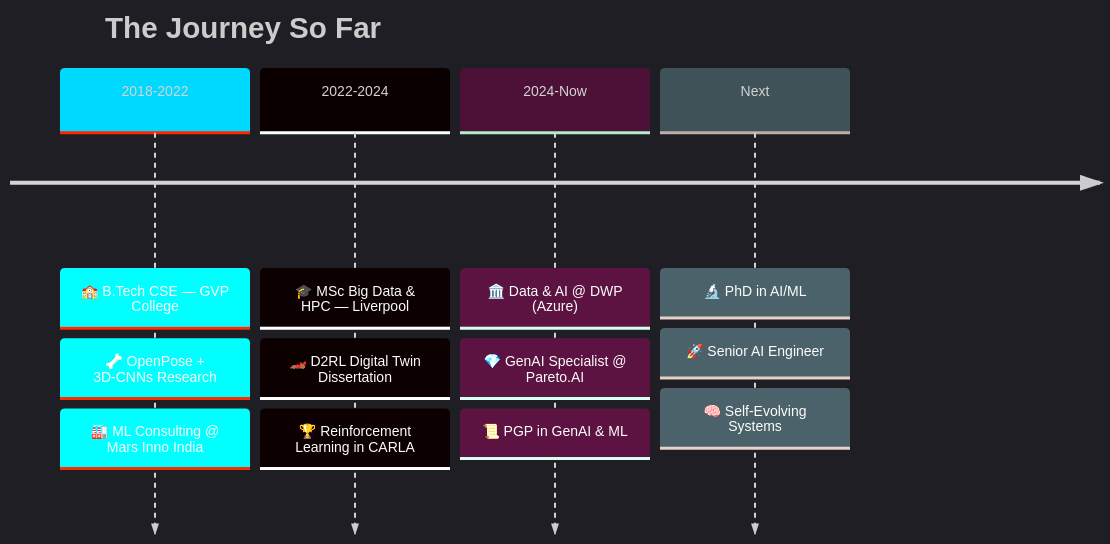
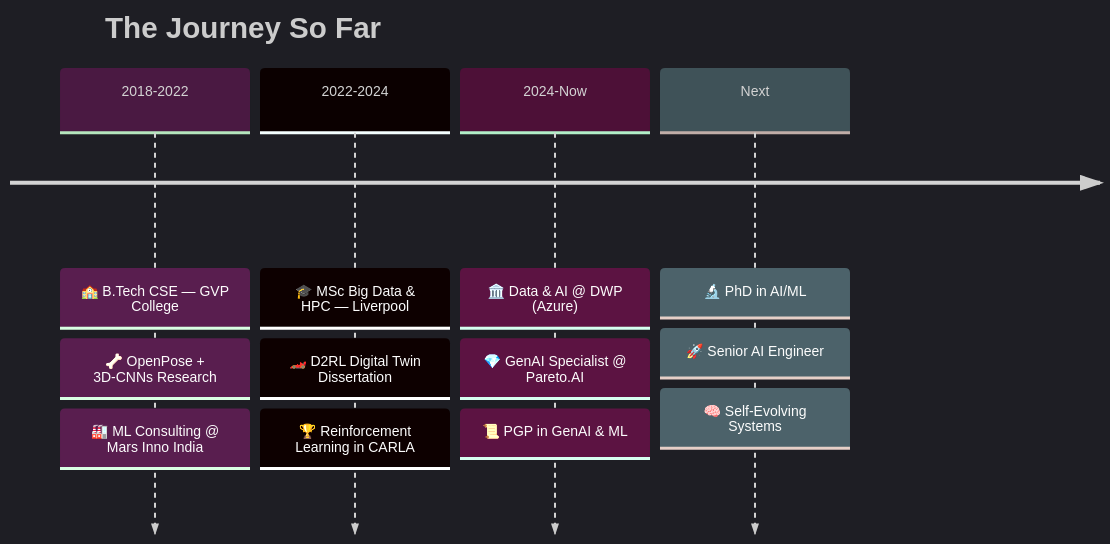
One commit to nagasriramnani/nagasriramnani changed the diagram in README.md. Above: the diagram before and after it, drawn with Mermaid. The commit also changed other lines of this file, not shown here.

````diff
--- a/README.md
+++ b/README.md
@@ -204,22 +143,22 @@
 ```mermaid
-%%{init: {'theme': 'dark', 'themeVariables': { 'primaryColor': '#00D9FF', 'primaryTextColor': '#fff', 'primaryBorderColor': '#00D9FF', 'lineColor': '#FF006E', 'secondaryColor': '#7B2D8E', 'tertiaryColor': '#161b22', 'fontSize': '14px'}}}%%
+%%{init: {'theme': 'dark', 'themeVariables': { 'primaryColor': '#4a1942', 'primaryTextColor': '#fff', 'primaryBorderColor': '#00d9ff', 'lineColor': '#a855f7', 'secondaryColor': '#1a1b4b', 'tertiaryColor': '#161b22', 'fontSize': '14px'}}}%%
 
 timeline
     title The Journey So Far
     
     2018-2022 : 🏫 B.Tech CSE — GVP College
                : 🦴 OpenPose + 3D-CNNs Research
                : 🏭 ML Consulting @ Mars Inno India
     
     2022-2024 : 🎓 MSc Big Data & HPC — Liverpool
                : 🏎️ D2RL Digital Twin Dissertation
                : 🏆 Reinforcement Learning in CARLA
     
     2024-Now  : 🏛️ Data & AI @ DWP (Azure)
                : 💎 GenAI Specialist @ Pareto.AI
                : 📜 PGP in GenAI & ML
     
     Next      : 🔬 PhD in AI/ML
                : 🚀 Senior AI Engineer
                : 🧠 Self-Evolving Systems
 ```
````
